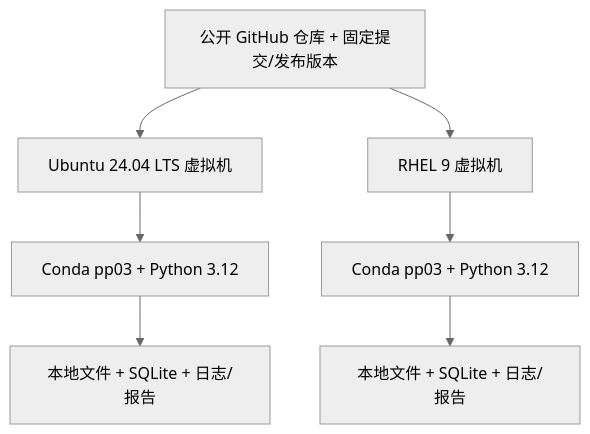
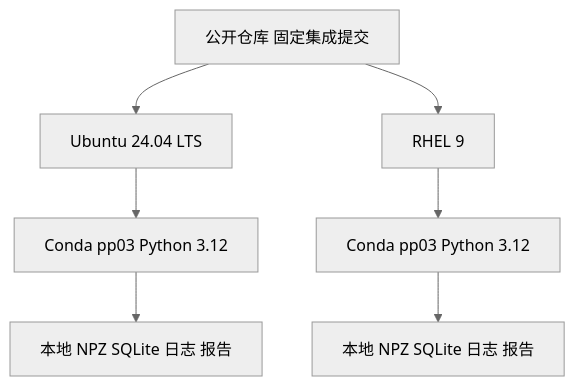
Before and after one commit to Zhu-ShuH/g15-predictive-maintenance: the second of 2 diagrams in docs/architecture.md, drawn with Mermaid (neutral theme). The commit also changed other lines of this file and 2 other files, not shown here.

````diff
--- a/docs/architecture.md
+++ b/docs/architecture.md
@@ -49,10 +55,10 @@
 ```mermaid
 flowchart TB
-    GH[公开 GitHub 仓库 + 固定提交/发布版本]
-    GH --> U[Ubuntu 24.04 LTS 虚拟机]
-    GH --> R[RHEL 9 虚拟机]
-    U --> UV[Conda pp03 + Python 3.12]
-    R --> RV[Conda pp03 + Python 3.12]
-    UV --> UR[本地文件 + SQLite + 日志/报告]
-    RV --> RR[本地文件 + SQLite + 日志/报告]
+    GH[公开仓库 固定集成提交]
+    GH --> U[Ubuntu 24.04 LTS]
+    GH --> R[RHEL 9]
+    U --> UV[Conda pp03 Python 3.12]
+    R --> RV[Conda pp03 Python 3.12]
+    UV --> UR[本地 NPZ SQLite 日志 报告]
+    RV --> RR[本地 NPZ SQLite 日志 报告]
 ```
````
